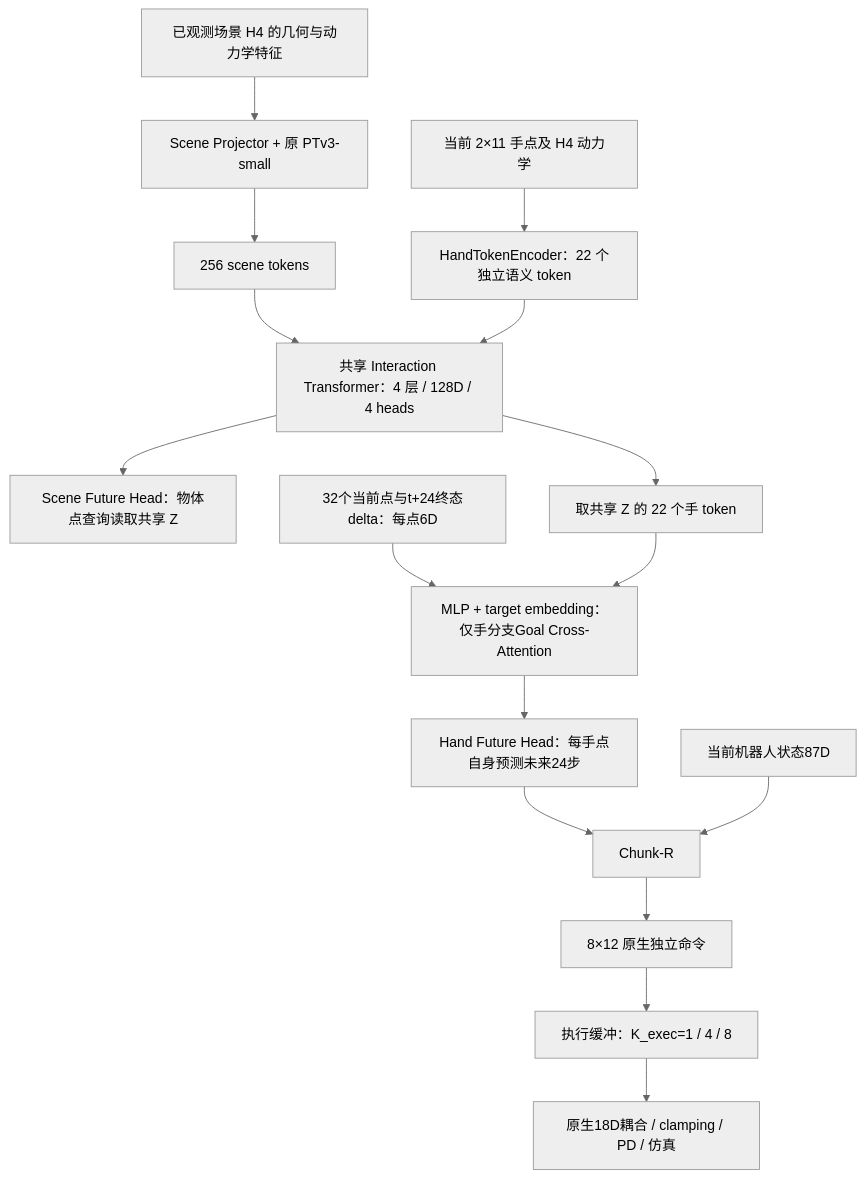
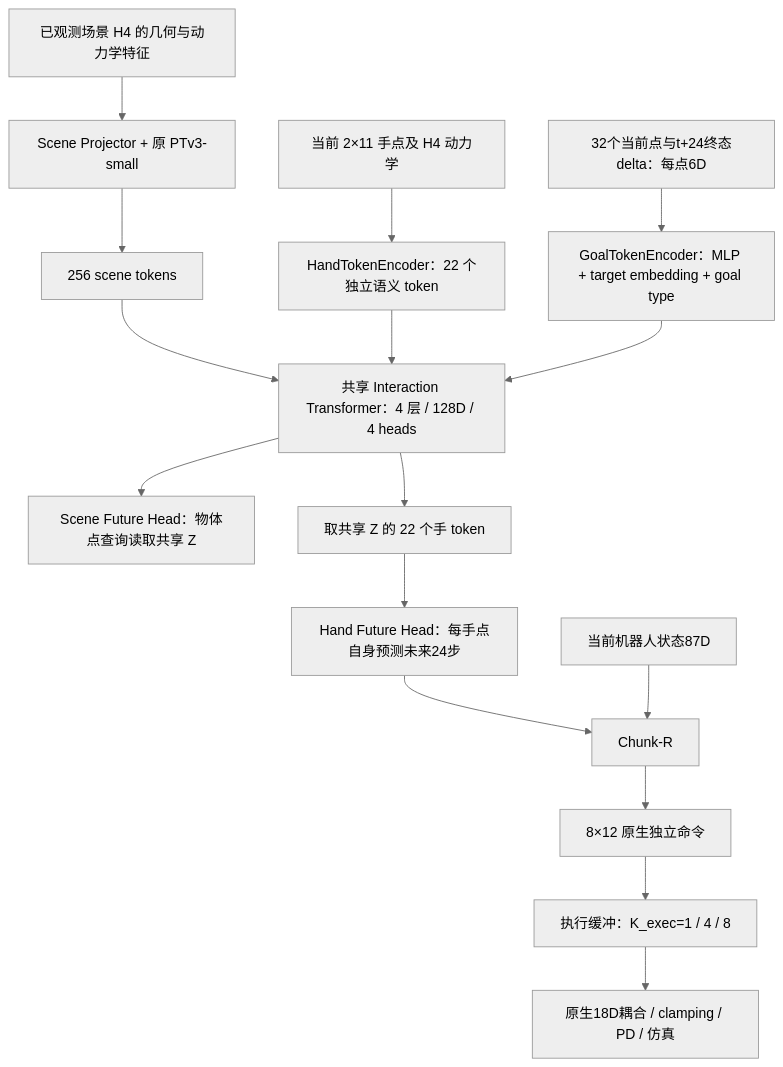
One commit to hitsz-oyx/Ref2Dex-agent changed the diagram in src/task/ptv3-shared-wam/docs/user/架构.md. Above: the diagram before and after it, drawn with Mermaid (neutral theme). The commit also changed other lines of this file and 12 other files, not shown here.

````diff
--- a/src/task/ptv3-shared-wam/docs/user/架构.md
+++ b/src/task/ptv3-shared-wam/docs/user/架构.md
@@ -10,18 +11,18 @@
 ```mermaid
 flowchart TD
     S[已观测场景 H4 的几何与动力学特征] --> P[Scene Projector + 原 PTv3-small]
     P --> ST[256 scene tokens]
     H[当前 2×11 手点及 H4 动力学] --> HT[HandTokenEncoder：22 个独立语义 token]
     ST --> Z[共享 Interaction Transformer：4 层 / 128D / 4 heads]
     HT --> Z
     Z --> U[Scene Future Head：物体点查询读取共享 Z]
     Z --> HG[取共享 Z 的 22 个手 token]
-    G[32个当前点与t+24终态delta：每点6D] --> GC[MLP + target embedding：仅手分支Goal Cross-Attention]
-    HG --> GC
-    GC --> V[Hand Future Head：每手点自身预测未来24步]
+    G[32个当前点与t+24终态delta：每点6D] --> GT[GoalTokenEncoder：MLP + target embedding + goal type]
+    GT --> Z
+    HG --> V[Hand Future Head：每手点自身预测未来24步]
     V --> R[Chunk-R]
     RS[当前机器人状态87D] --> R
     R --> A[8×12 原生独立命令]
     A --> Q[执行缓冲：K_exec=1 / 4 / 8]
     Q --> PD[原生18D耦合 / clamping / PD / 仿真]
 ```
````
